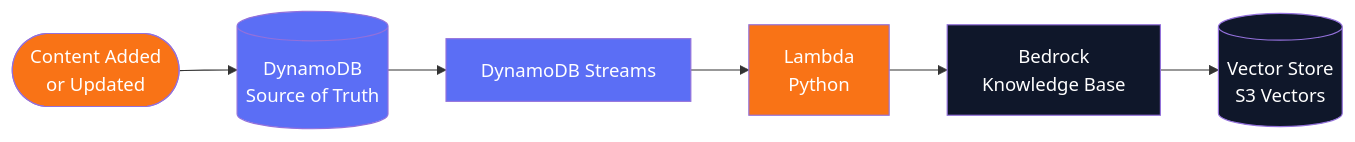
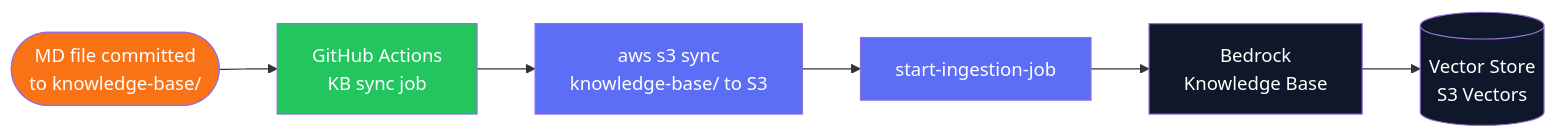
Before and after one commit to CumulusCycles/EverydayAI-Tutor: the fourth of 5 diagrams in docs/tech/architecture-diagram.md, drawn with Mermaid. The commit also changed other lines of this file and 12 other files, not shown here.

````diff
--- a/docs/tech/architecture-diagram.md
+++ b/docs/tech/architecture-diagram.md
@@ -120,15 +125,15 @@
 ```mermaid
 flowchart LR
-    A([Content Added\nor Updated]) --> B[(DynamoDB\nSource of Truth)]
-    B --> C[DynamoDB Streams]
-    C --> D[Lambda\nPython]
+    A([MD file committed\nto knowledge-base/]) --> B[GitHub Actions\nKB sync job]
+    B --> C[aws s3 sync\nknowledge-base/ to S3]
+    C --> D[start-ingestion-job]
     D --> E[Bedrock\nKnowledge Base]
     E --> F[(Vector Store\nS3 Vectors)]
 
     style A fill:#F97316,color:#fff
-    style B fill:#5B6EF5,color:#fff
+    style B fill:#22C55E,color:#fff
     style C fill:#5B6EF5,color:#fff
-    style D fill:#F97316,color:#fff
+    style D fill:#5B6EF5,color:#fff
     style E fill:#0F172A,color:#fff
     style F fill:#0F172A,color:#fff
 ```
````
